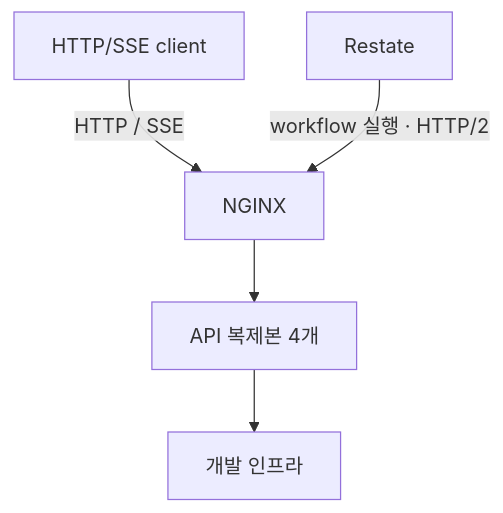
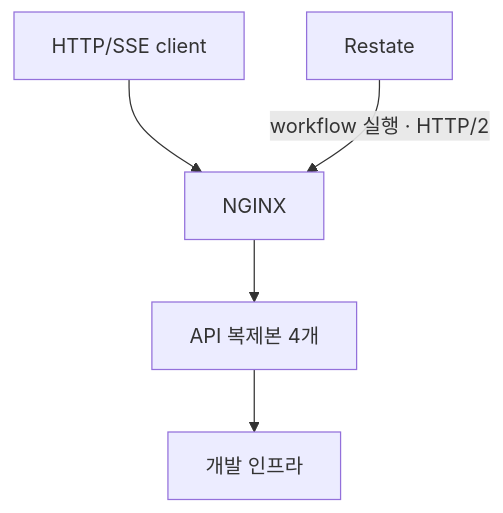
One commit to mannercode/nest-seed changed the diagram in tests/README.md. Above: the diagram before and after it, drawn with Mermaid. The commit also changed other lines of this file and 8 other files, not shown here.

````diff
--- a/tests/README.md
+++ b/tests/README.md
@@ -50,7 +43,7 @@
 ```mermaid
 flowchart TB
-    Client["HTTP/SSE client"] -->|HTTP / SSE| Nginx["NGINX"]
+    Client["HTTP/SSE client"] --> Nginx["NGINX"]
     Restate["Restate"] -->|workflow 실행 · HTTP/2| Nginx
     Nginx --> API["API 복제본 4개"]
     API --> Infra["개발 인프라"]
 ```
````
